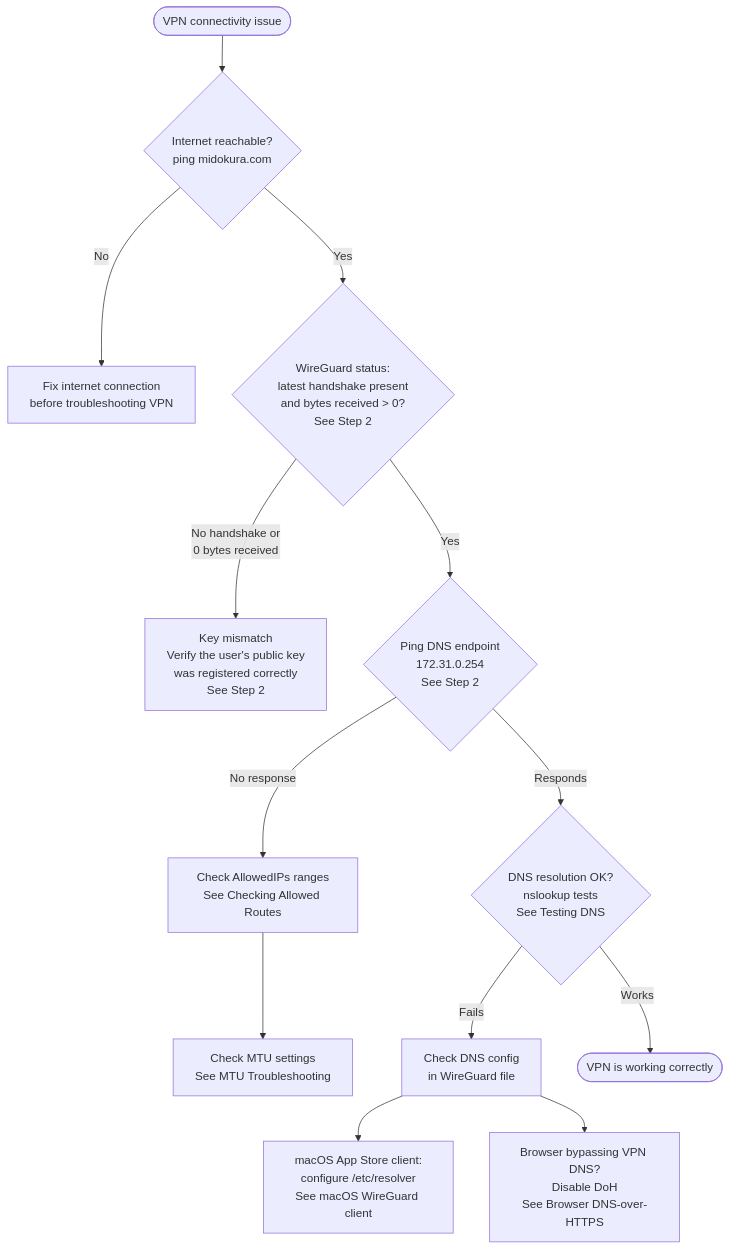
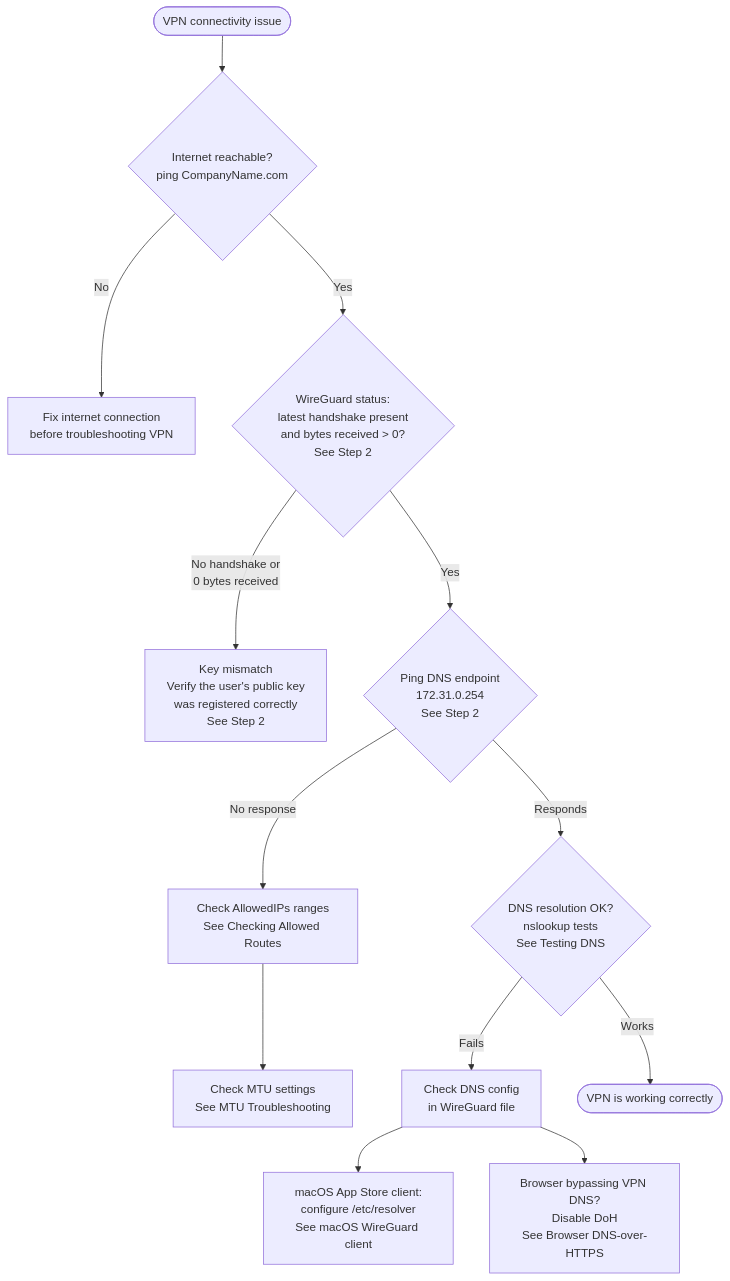
One commit to jimken123/docusaurus changed the diagram in docs/service-operator/VPN_CONFIGURATION.md. Above: the diagram before and after it, drawn with Mermaid. The commit also changed other lines of this file and 246 other files, not shown here.

````diff
--- a/docs/service-operator/VPN_CONFIGURATION.md
+++ b/docs/service-operator/VPN_CONFIGURATION.md
@@ -76,15 +76,15 @@
 ```mermaid
 flowchart TD
-    Start([VPN connectivity issue]) --> NetCheck{"Internet reachable?\nping midokura.com"}
+    Start([VPN connectivity issue]) --> NetCheck{"Internet reachable?\nping CompanyName.com"}
     NetCheck -- No --> NetFail["Fix internet connection\nbefore troubleshooting VPN"]
     NetCheck -- Yes --> WGCheck{"WireGuard status:\nlatest handshake present\nand bytes received > 0?\nSee Step 2"}
     WGCheck -- "No handshake or\n0 bytes received" --> KeyFail["Key mismatch\nVerify the user's public key\nwas registered correctly\nSee Step 2"]
     WGCheck -- Yes --> DNSPing{"Ping DNS endpoint\n172.31.0.254\nSee Step 2"}
     DNSPing -- "No response" --> Routes["Check AllowedIPs ranges\nSee Checking Allowed Routes"]
     Routes --> MTU["Check MTU settings\nSee MTU Troubleshooting"]
     DNSPing -- Responds --> DNSCheck{"DNS resolution OK?\nnslookup tests\nSee Testing DNS"}
     DNSCheck -- Fails --> DNSConfig["Check DNS config\nin WireGuard file"]
     DNSConfig --> MacOSNote["macOS App Store client:\nconfigure /etc/resolver\nSee macOS WireGuard client"]
     DNSConfig --> DoH["Browser bypassing VPN DNS?\nDisable DoH\nSee Browser DNS-over-HTTPS"]
     DNSCheck -- Works --> Done([VPN is working correctly])
 ```
````
